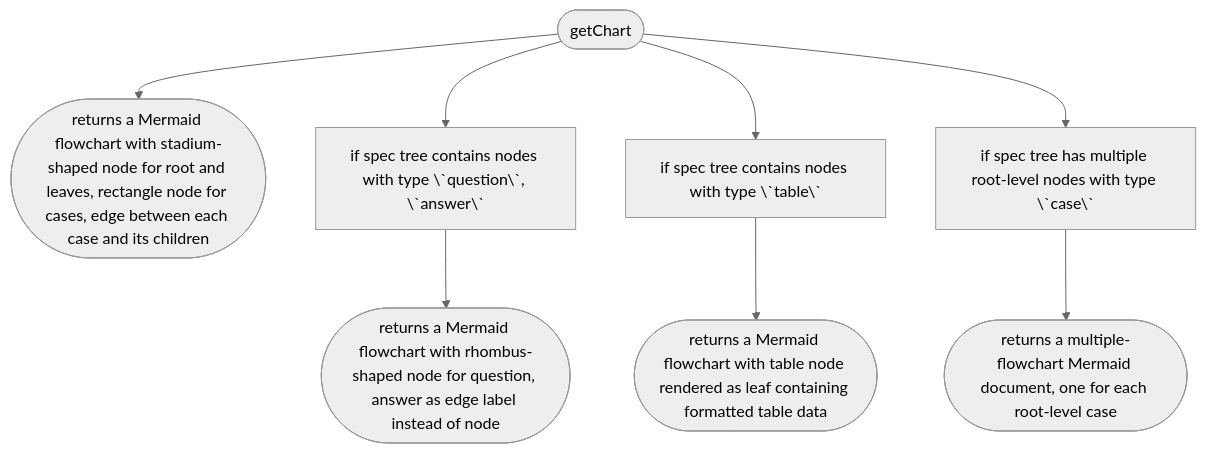
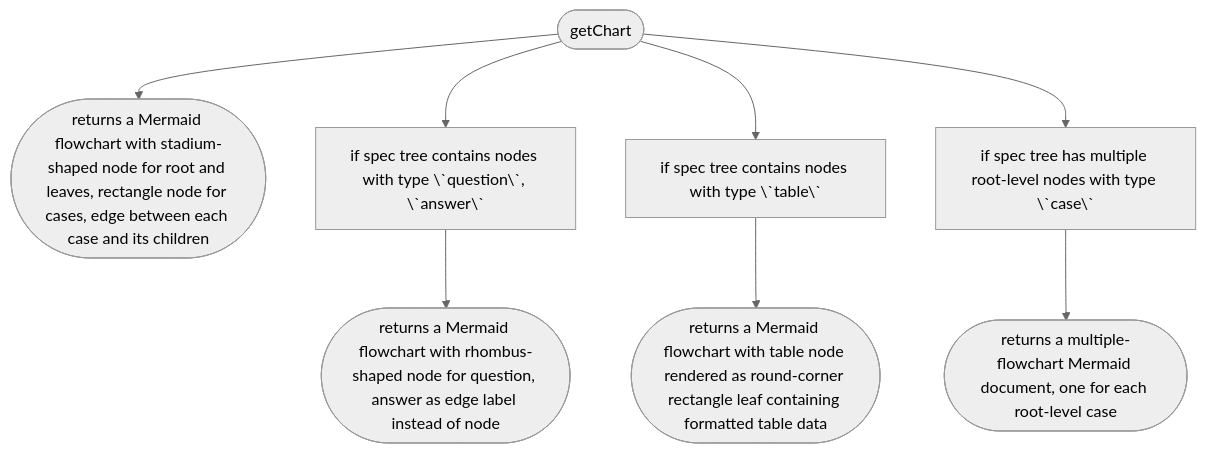
Before and after one commit to arnaudrenaud/speccharts: the second of 9 diagrams in speccharts.md, drawn with Mermaid (neutral theme). The commit also changed other lines of this file, not shown here.

````diff
--- a/speccharts.md
+++ b/speccharts.md
@@ -28,18 +28,18 @@
 ```mermaid
 flowchart TD
 N0(["getChart"])
 N1(["returns a Mermaid flowchart with stadium-shaped node for root and leaves, rectangle node for cases, edge between each case and its children"])
 N0 --> N1
 N2["if spec tree contains nodes with type \`question\`, \`answer\`"]
 N0 --> N2
 N3(["returns a Mermaid flowchart with rhombus-shaped node for question, answer as edge label instead of node"])
 N2 --> N3
 N4["if spec tree contains nodes with type \`table\`"]
 N0 --> N4
-N5(["returns a Mermaid flowchart with table node rendered as leaf containing formatted table data"])
+N5(["returns a Mermaid flowchart with table node rendered as round-corner rectangle leaf containing formatted table data"])
 N4 --> N5
 N6["if spec tree has multiple root-level nodes with type \`case\`"]
 N0 --> N6
 N7(["returns a multiple-flowchart Mermaid document, one for each root-level case"])
 N6 --> N7
 ```
````
